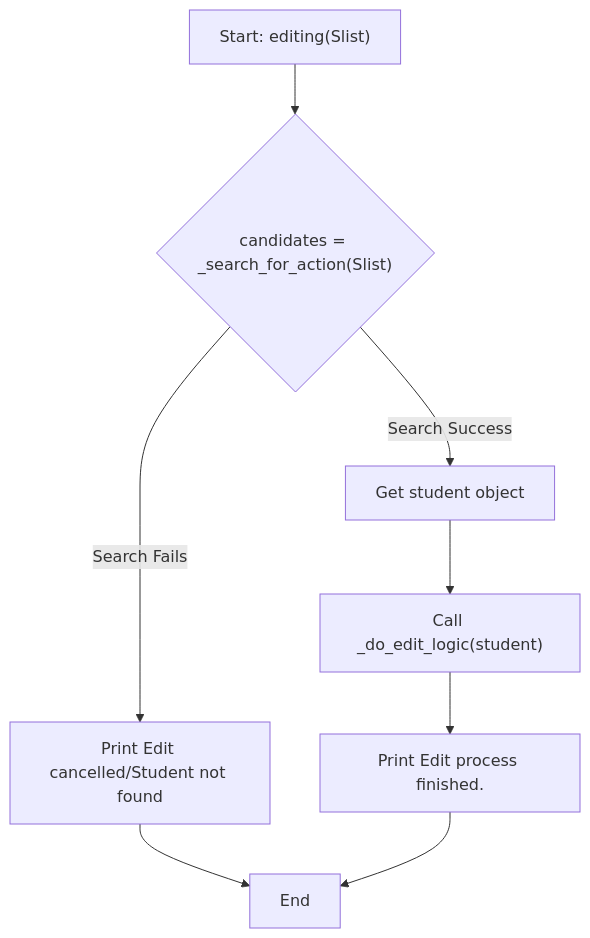
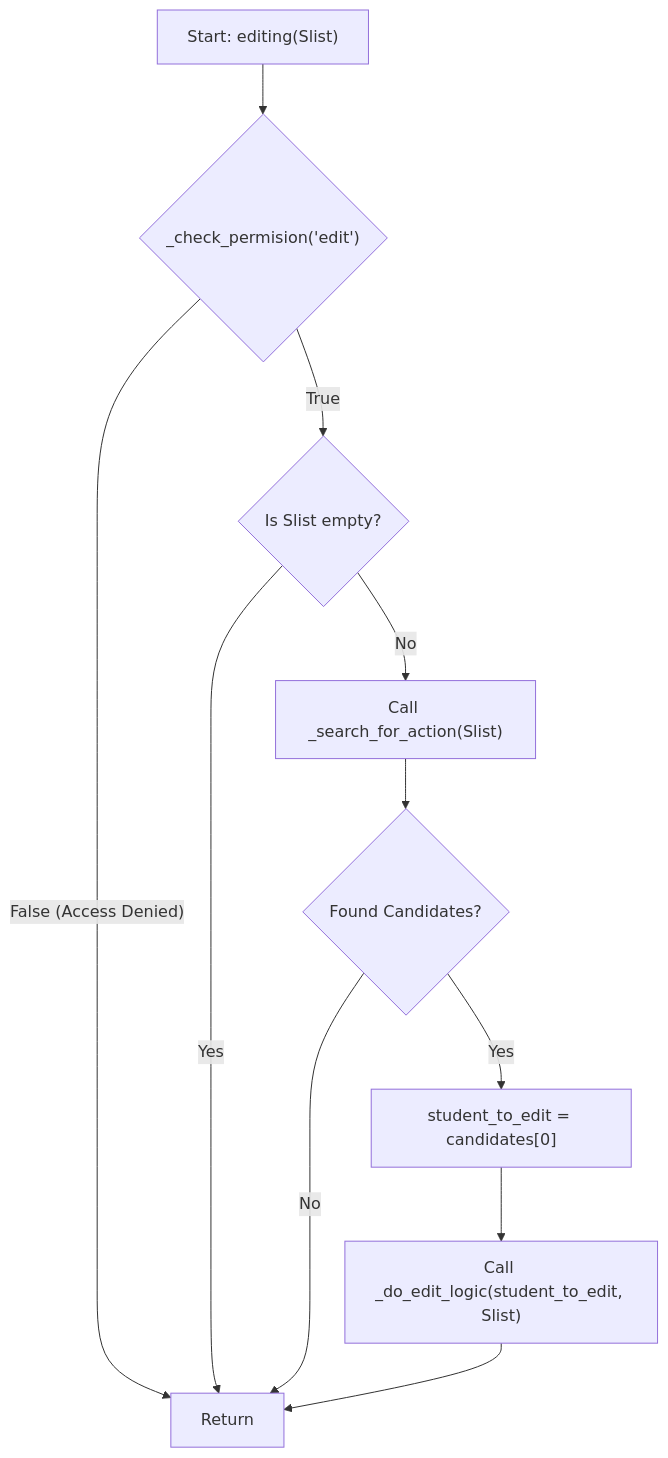
Before and after one commit to luunguyentankhai/FinalPJonschool: the fifth of 16 diagrams in README.md, drawn with Mermaid. The commit also changed other lines of this file, not shown here.

````diff
--- a/README.md
+++ b/README.md
@@ -167,13 +172,17 @@
 ```mermaid
     graph TD
-    A["Start: editing(Slist)"] --> B{"candidates = _search_for_action(Slist)"};
+    A["Start: editing(Slist)"] --> B{"_check_permision('edit')"};
     
-    B -- "Search Fails" --> C["Print "Edit cancelled/Student not found""];
-    C --> Z[End];
+    B -- "False (Access Denied)" --> Z[Return];
     
-    B -- "Search Success" --> D[Get student object];
+    B -- "True" --> C{"Is Slist empty?"};
+    C -- "Yes" --> Z;
     
-    D --> E["Call _do_edit_logic(student)"];
-    E --> F["Print "Edit process finished.""];
-    F --> Z;
+    C -- "No" --> D["Call _search_for_action(Slist)"];
+    D --> E{Found Candidates?};
+    
+    E -- "No" --> Z;
+    E -- "Yes" --> F["student_to_edit = candidates[0]"];
+    F --> G["Call _do_edit_logic(student_to_edit, Slist)"];
+    G --> Z;
 ```
````
